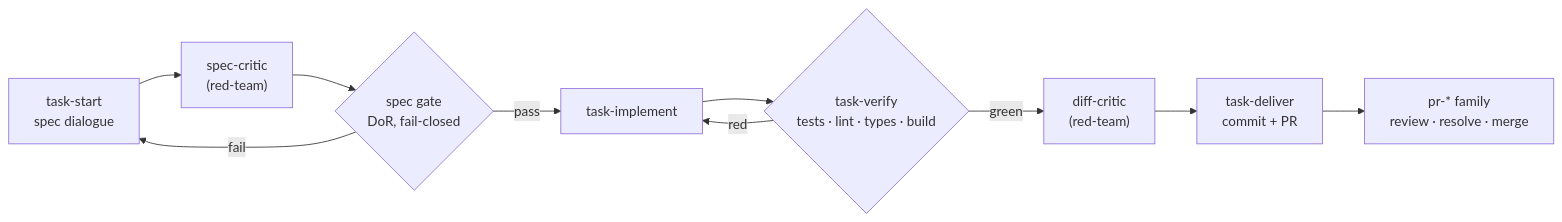
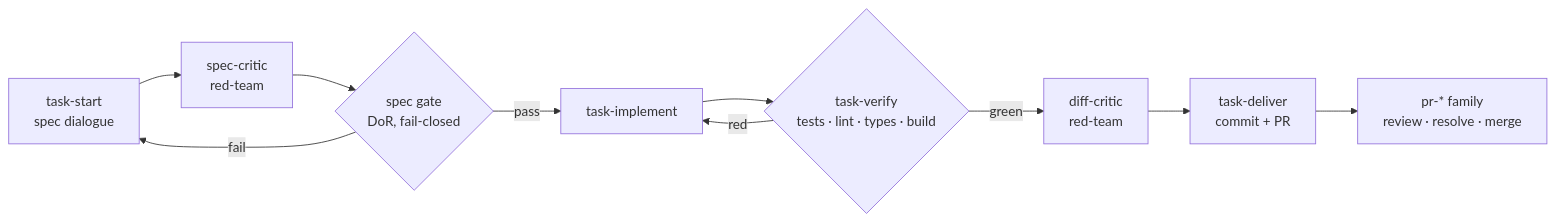
Before and after one commit to real-case/marvin-toolkit: the third of 5 diagrams in docs/architecture.md, drawn with Mermaid. The commit also changed other lines of this file and 9 other files, not shown here.

````diff
--- a/docs/architecture.md
+++ b/docs/architecture.md
@@ -105,12 +176,12 @@
 ```mermaid
 flowchart LR
-  TS["task-start<br/>spec dialogue"] --> CRIT["spec-critic<br/>(red-team)"]
+  TS["task-start<br/>spec dialogue"] --> CRIT["spec-critic<br/>red-team"]
   CRIT --> GATE{"spec gate<br/>DoR, fail-closed"}
   GATE -->|fail| TS
   GATE -->|pass| IMPL["task-implement"]
   IMPL --> VER{"task-verify<br/>tests · lint · types · build"}
   VER -->|red| IMPL
-  VER -->|green| DC["diff-critic<br/>(red-team)"]
+  VER -->|green| DC["diff-critic<br/>red-team"]
   DC --> DEL["task-deliver<br/>commit + PR"]
   DEL --> PR["pr-* family<br/>review · resolve · merge"]
 ```
````
